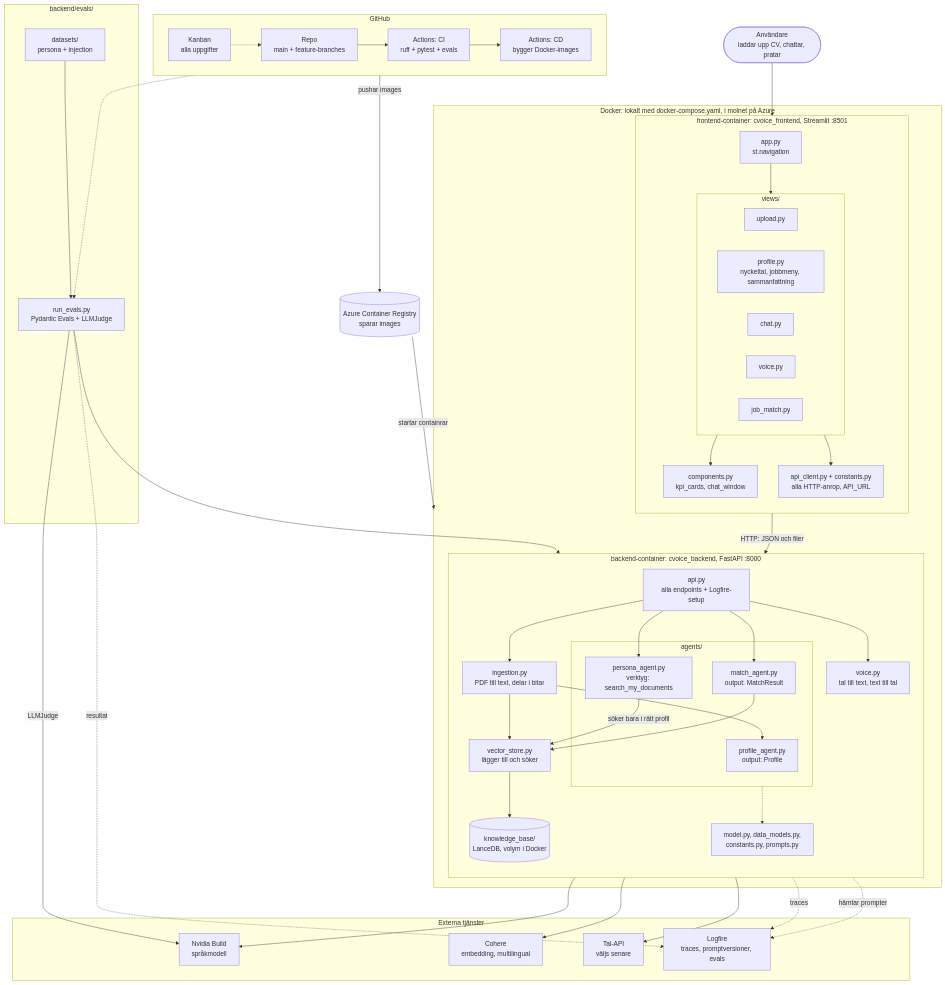
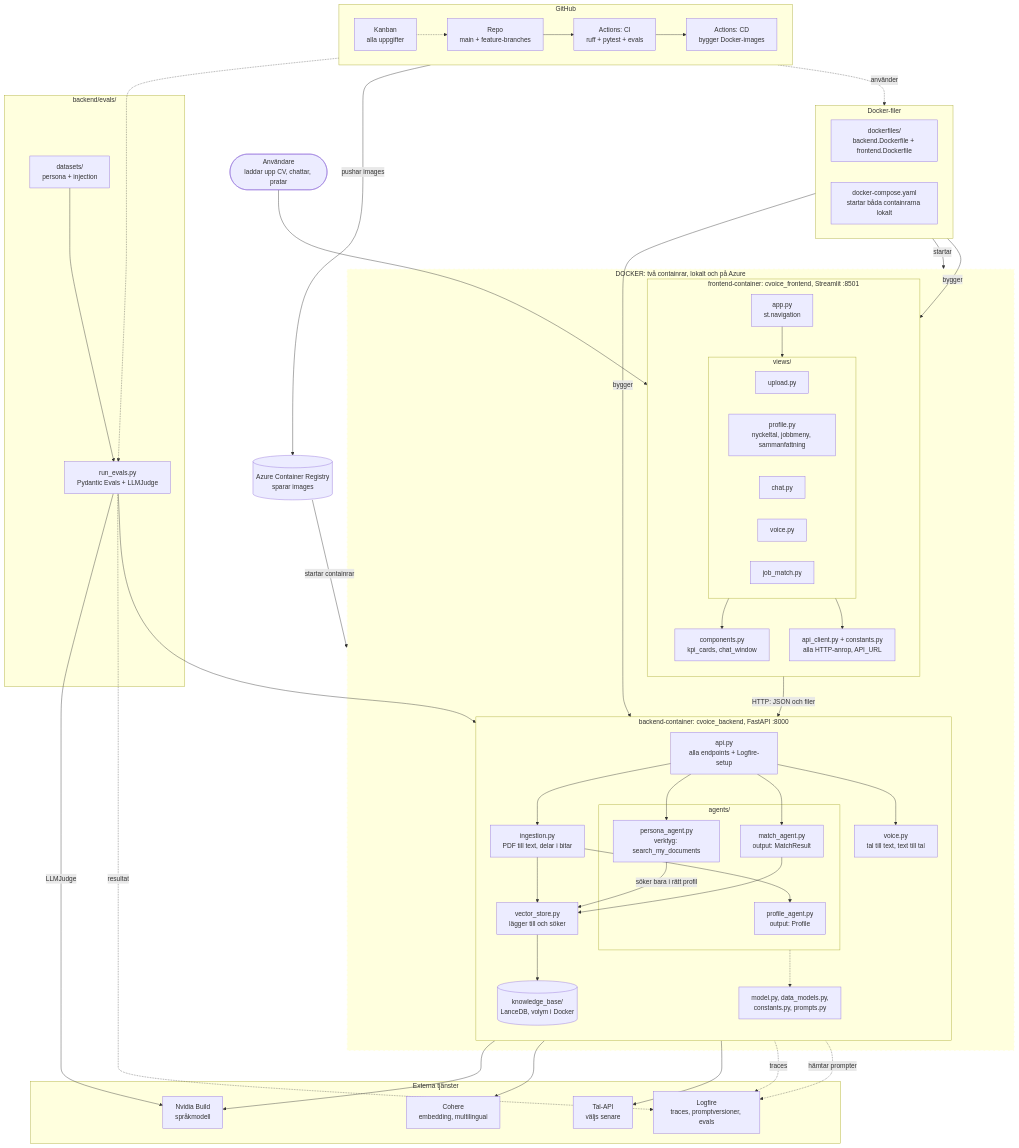
One commit to Zm-ah/Cvoice_Ai_ops_lab_group6 changed the diagram in docs/architecture/architecture.mmd. Above: the diagram before and after it, drawn with Mermaid. The commit also changed 1 other file, not shown here.

Commit message:
Show Docker files and containers in the architecture diagram

```diff
--- a/docs/architecture/architecture.mmd
+++ b/docs/architecture/architecture.mmd
@@ -1,86 +1,98 @@
 flowchart TB
     user(["Användare<br/>laddar upp CV, chattar, pratar"])
 
     subgraph gh["GitHub"]
         direction LR
         kanban["Kanban<br/>alla uppgifter"]
         repo["Repo<br/>main + feature-branches"]
         ci["Actions: CI<br/>ruff + pytest + evals"]
         cd["Actions: CD<br/>bygger Docker-images"]
         kanban -.-> repo
         repo --> ci --> cd
     end
 
     acr[("Azure Container Registry<br/>sparar images")]
 
-    subgraph runtime["Docker: lokalt med docker-compose.yaml, i molnet på Azure"]
+    subgraph dockerfiles_box["Docker-filer"]
+        direction LR
+        dockerfiles["dockerfiles/<br/>backend.Dockerfile + frontend.Dockerfile"]
+        compose["docker-compose.yaml<br/>startar båda containrarna lokalt"]
+    end
+
+    subgraph runtime["DOCKER: två containrar, lokalt och på Azure"]
         subgraph fe["frontend-container: cvoice_frontend, Streamlit :8501"]
             direction TB
             app["app.py<br/>st.navigation"]
             subgraph views["views/"]
                 v_upload["upload.py"]
                 v_profile["profile.py<br/>nyckeltal, jobbmeny, sammanfattning"]
                 v_chat["chat.py"]
                 v_voice["voice.py"]
                 v_match["job_match.py"]
             end
             comps["components.py<br/>kpi_cards, chat_window"]
             client["api_client.py + constants.py<br/>alla HTTP-anrop, API_URL"]
             app --> views
             views --> comps
             views --> client
         end
 
         subgraph be["backend-container: cvoice_backend, FastAPI :8000"]
             direction TB
             api["api.py<br/>alla endpoints + Logfire-setup"]
             ingest["ingestion.py<br/>PDF till text, delar i bitar"]
             subgraph agents["agents/"]
                 a_prof["profile_agent.py<br/>output: Profile"]
                 a_pers["persona_agent.py<br/>verktyg: search_my_documents"]
                 a_match["match_agent.py<br/>output: MatchResult"]
             end
             voicef["voice.py<br/>tal till text, text till tal"]
             vstore["vector_store.py<br/>lägger till och söker"]
             shared["model.py, data_models.py,<br/>constants.py, prompts.py"]
             lancedb[("knowledge_base/<br/>LanceDB, volym i Docker")]
 
             api --> ingest
             ingest --> a_prof
             ingest --> vstore
             api --> a_pers
             a_pers -->|"söker bara i rätt profil"| vstore
             api --> a_match
             a_match --> vstore
             api --> voicef
             vstore --> lancedb
             agents -.-> shared
         end
     end
 
     subgraph evalsbox["backend/evals/"]
         datasets["datasets/<br/>persona + injection"]
         run_evals["run_evals.py<br/>Pydantic Evals + LLMJudge"]
         datasets --> run_evals
     end
 
     subgraph ext["Externa tjänster"]
         nvidia["Nvidia Build<br/>språkmodell"]
         embapi["Cohere<br/>embedding, multilingual"]
         speech["Tal-API<br/>väljs senare"]
         logfire["Logfire<br/>traces, promptversioner, evals"]
     end
 
     user --> app
     client -->|"HTTP: JSON och filer"| api
     shared --> nvidia
     vstore --> embapi
     voicef --> speech
     api -.->|"traces"| logfire
     shared -.->|"hämtar prompter"| logfire
     run_evals --> a_pers
     run_evals -->|"LLMJudge"| nvidia
     run_evals -.->|"resultat"| logfire
     ci -.-> run_evals
+    dockerfiles -->|"bygger"| fe
+    dockerfiles -->|"bygger"| be
+    compose -->|"startar"| runtime
+    cd -.->|"använder"| dockerfiles
     cd -->|"pushar images"| acr
     acr -->|"startar containrar"| runtime
+
+    style runtime stroke:#ffffff,stroke-width:3px,stroke-dasharray:8 4
```
